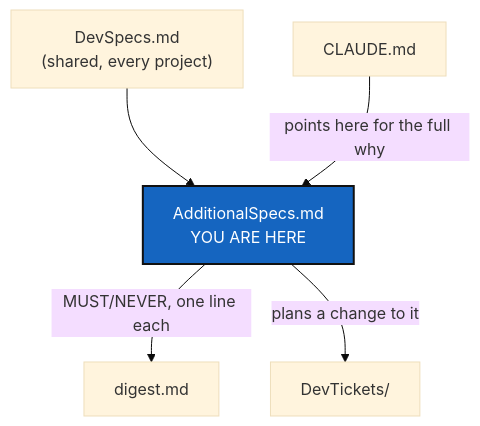
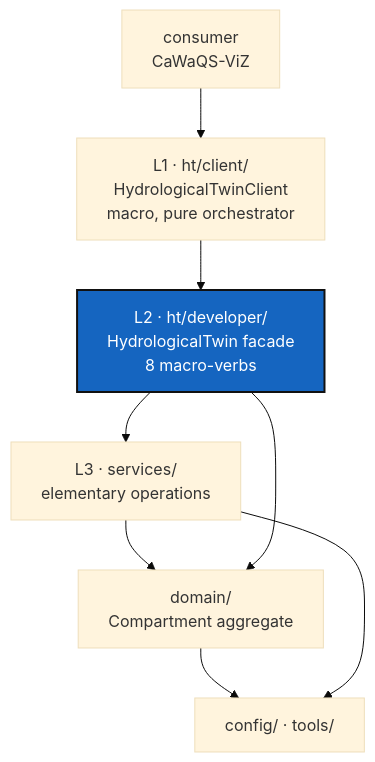
Before and after one commit to flipoyo/.localSpec: the diagram in AdditionalSpecs.md, drawn with Mermaid (base theme). The commit also changed other lines of this file and 4 other files, not shown here.

````diff
--- a/AdditionalSpecs.md
+++ b/AdditionalSpecs.md
@@ -44,10 +29,13 @@
 ```mermaid
 graph TD
-    DS["DevSpecs.md<br/>(shared, every project)"] --> AS["AdditionalSpecs.md<br/>YOU ARE HERE"]
-    AS -->|"MUST/NEVER, one line each"| DG["digest.md"]
-    AS -->|"plans a change to it"| TK["DevTickets/"]
-    CL["CLAUDE.md"] -->|"points here for the full why"| AS
+    C["consumer<br/>CaWaQS-ViZ"] --> L1["L1 · ht/client/<br/>HydrologicalTwinClient<br/>macro, pure orchestrator"]
+    L1 --> L2["L2 · ht/developer/<br/>HydrologicalTwin facade<br/>8 macro-verbs"]
+    L2 --> L3["L3 · services/<br/>elementary operations"]
+    L3 --> D["domain/<br/>Compartment aggregate"]
+    L2 --> D
+    D --> CF["config/ · tools/"]
+    L3 --> CF
 
     classDef here fill:#1565C0,color:#fff,stroke:#111,stroke-width:2px;
-    class AS here;
+    class L2 here;
 ```
````
